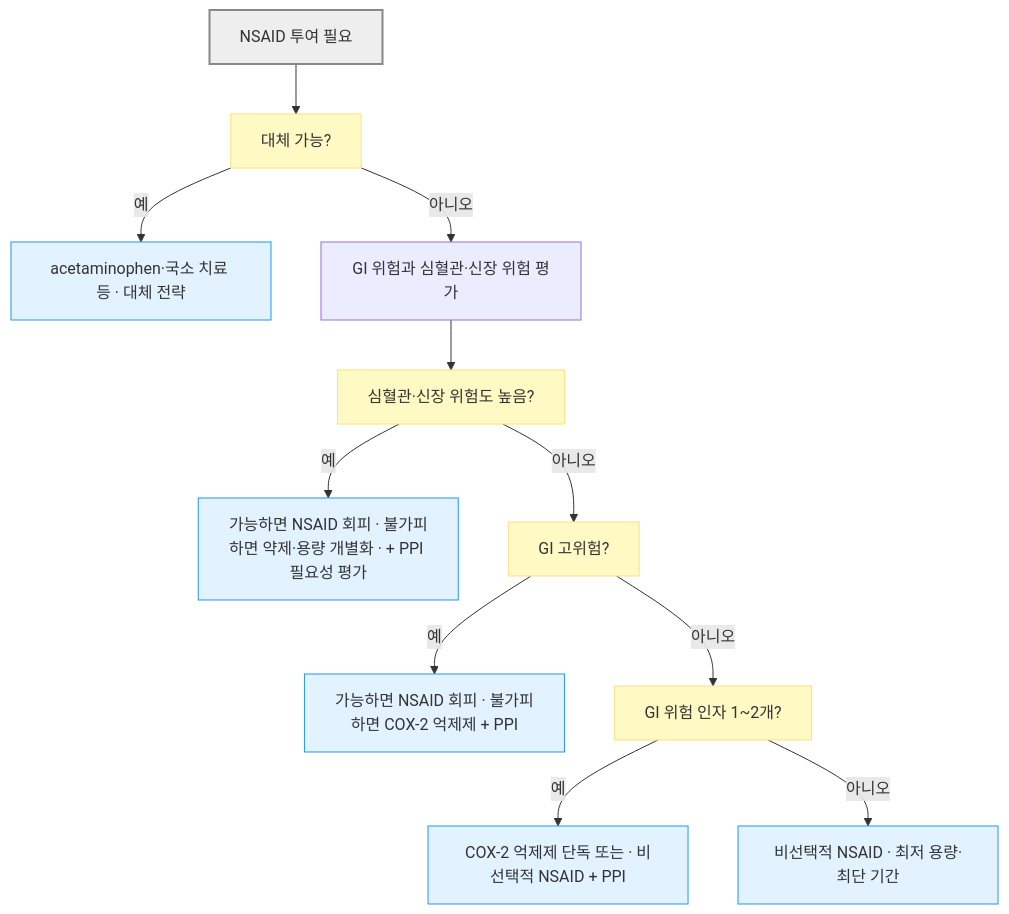
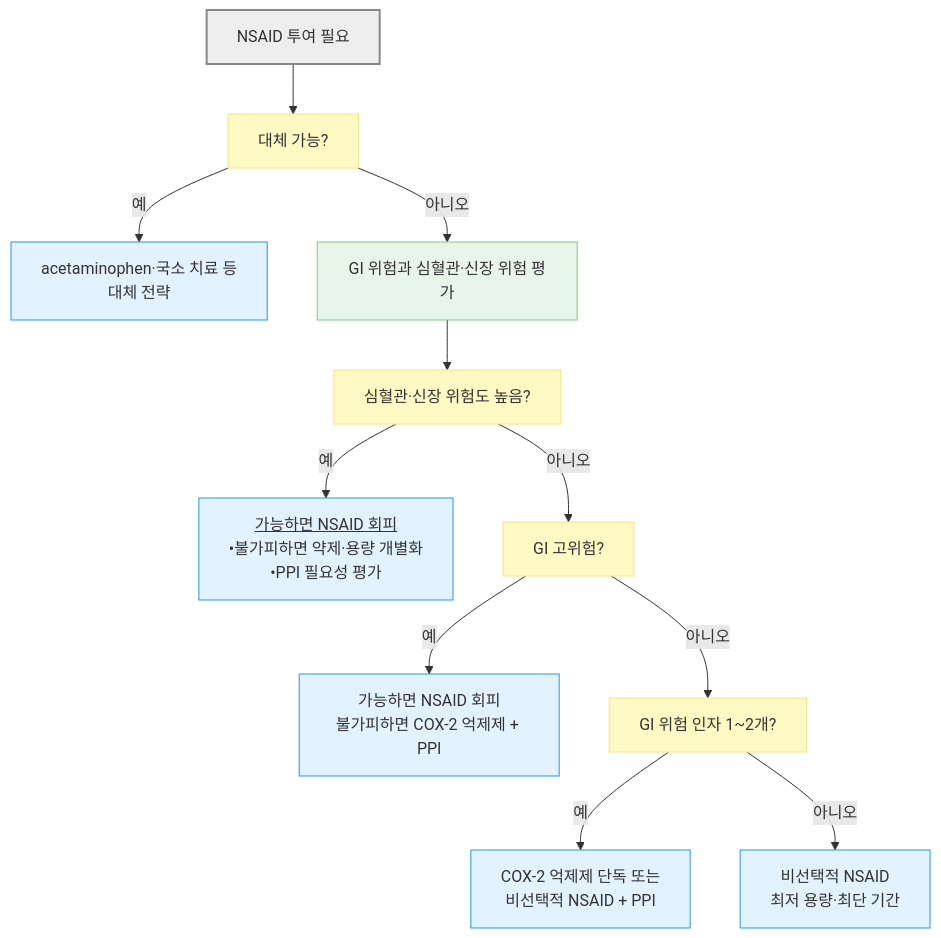
One commit to familyoh77/familyoh77 changed the second of 2 diagrams in 224_/079_-peptic-ulcer-pud.md. Above: the diagram before and after it, drawn with Mermaid. The commit also changed other lines of this file and 5 other files, not shown here.

````diff
--- a/224_/079_-peptic-ulcer-pud.md
+++ b/224_/079_-peptic-ulcer-pud.md
@@ -311,19 +316,20 @@
 ```mermaid
 flowchart TD
     A["NSAID 투여 필요"] --> B["대체 가능?"]
-    B -- "예" --> C["acetaminophen·국소 치료 등 · 대체 전략"]
+    B -- "예" --> C["acetaminophen·국소 치료 등<br/>대체 전략"]
     B -- "아니오" --> D["GI 위험과 심혈관·신장 위험 평가"]
     D --> E["심혈관·신장 위험도 높음?"]
-    E -- "예" --> G["가능하면 NSAID 회피 · 불가피하면 약제·용량 개별화 · + PPI 필요성 평가"]
+    E -- "예" --> G["<u>가능하면 NSAID 회피</u><br/>•불가피하면 약제·용량 개별화<br/>•PPI 필요성 평가"]
     E -- "아니오" --> F["GI 고위험?"]
-    F -- "예" --> H["가능하면 NSAID 회피 · 불가피하면 COX-2 억제제 + PPI"]
+    F -- "예" --> H["가능하면 NSAID 회피<br/>불가피하면 COX-2 억제제 + PPI"]
     F -- "아니오" --> I["GI 위험 인자 1~2개?"]
-    I -- "예" --> J["COX-2 억제제 단독 또는 · 비선택적 NSAID + PPI"]
-    I -- "아니오" --> K["비선택적 NSAID · 최저 용량·최단 기간"]
+    I -- "예" --> J["COX-2 억제제 단독 또는<br/>비선택적 NSAID + PPI"]
+    I -- "아니오" --> K["비선택적 NSAID<br/>최저 용량·최단 기간"]
 
     style A fill:#eeeeee,stroke:#888888,stroke-width:2px
     classDef question fill:#fff9c4,stroke:#ffe082
     class B,E,F,I question
     classDef sky fill:#e3f2ff,stroke:#2196f3
     class C,G,H,J,K sky
+    style D fill:#e8f5e9,stroke:#81c784
 ```
````
